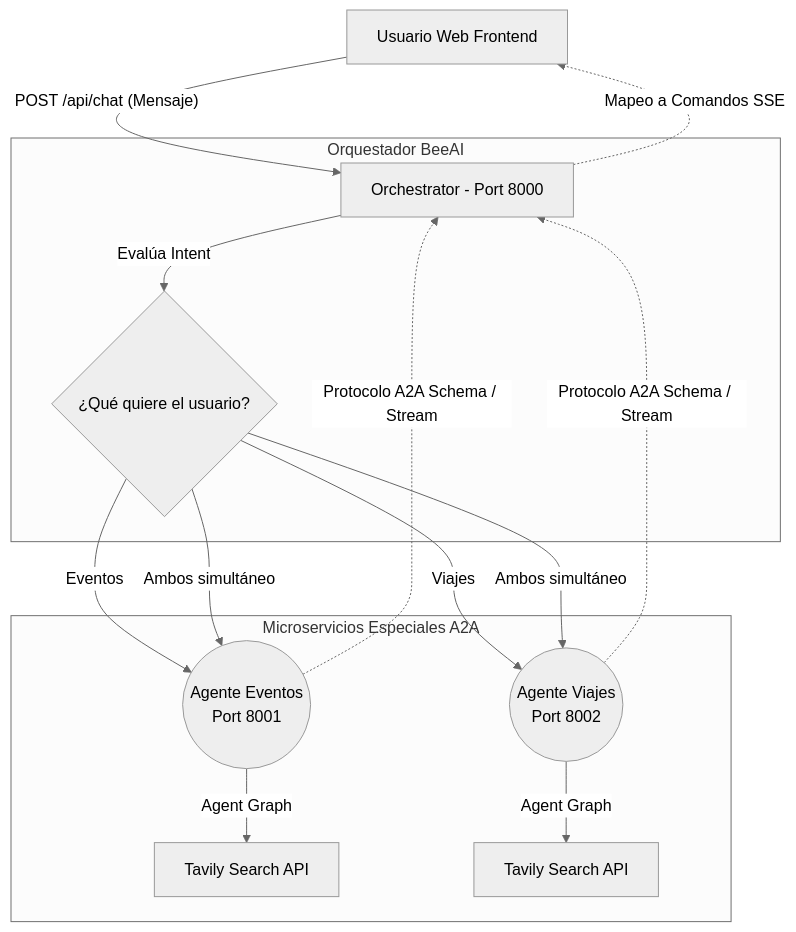
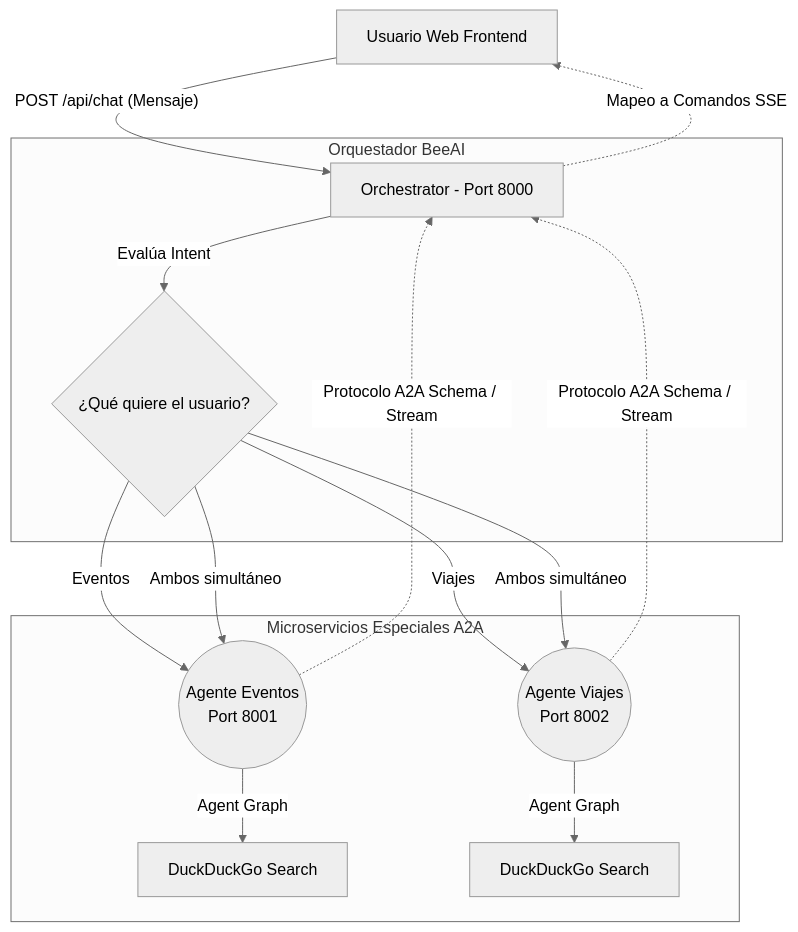
Before and after one commit to dracero/deep_reasearch_events: the first of 3 diagrams in README.md, drawn with Mermaid (neutral theme). The commit also changed other lines of this file and 21 other files, not shown here.

````diff
--- a/README.md
+++ b/README.md
@@ -25,22 +25,22 @@
 ```mermaid
 graph TD
     CLI["Usuario Web Frontend"] -->|"POST /api/chat (Mensaje)"| O["Orchestrator - Port 8000"]
     
     subgraph Orquestador BeeAI
         O -->|"Evalúa Intent"| LLM_Router{"¿Qué quiere el usuario?"}
     end
     
     LLM_Router -->|"Eventos"| AE(("Agente Eventos <br> Port 8001"))
     LLM_Router -->|"Viajes"| AV(("Agente Viajes <br> Port 8002"))
     LLM_Router -->|"Ambos simultáneo"| AE
     LLM_Router -->|"Ambos simultáneo"| AV
     
     subgraph Microservicios Especiales A2A
-    AE -->|"Agent Graph"| T_AE["Tavily Search API"]
-    AV -->|"Agent Graph"| T_AV["Tavily Search API"]
+    AE -->|"Agent Graph"| T_AE["DuckDuckGo Search"]
+    AV -->|"Agent Graph"| T_AV["DuckDuckGo Search"]
     end
     
     AE -.->|"Protocolo A2A Schema / Stream"| O
     AV -.->|"Protocolo A2A Schema / Stream"| O
     O -.->|"Mapeo a Comandos SSE"| CLI
 ```
````
